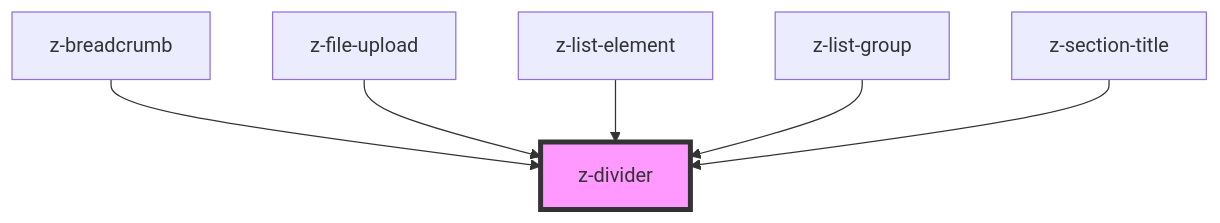
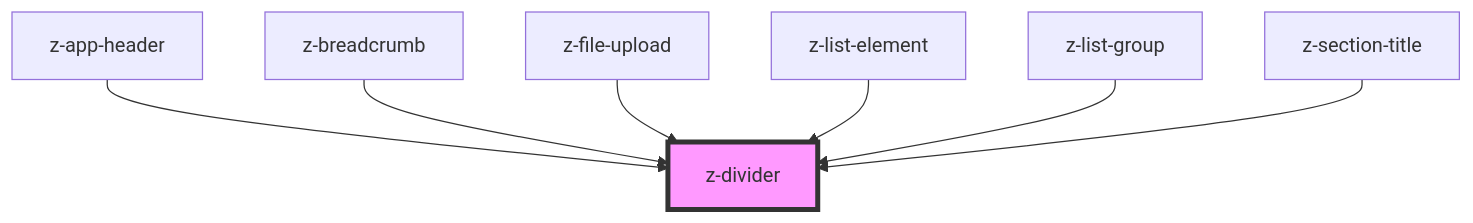
The diagram in src/components/z-divider/readme.md (ZanichelliEditore/design-system), drawn with Mermaid before and after one commit. The commit also changed other lines of this file and 5 other files, not shown here.

````diff
--- a/src/components/z-divider/readme.md
+++ b/src/components/z-divider/readme.md
@@ -26,9 +27,10 @@
 ```mermaid
 graph TD;
+  z-app-header --> z-divider
   z-breadcrumb --> z-divider
   z-file-upload --> z-divider
   z-list-element --> z-divider
   z-list-group --> z-divider
   z-section-title --> z-divider
   style z-divider fill:#f9f,stroke:#333,stroke-width:4px
 ```
````
